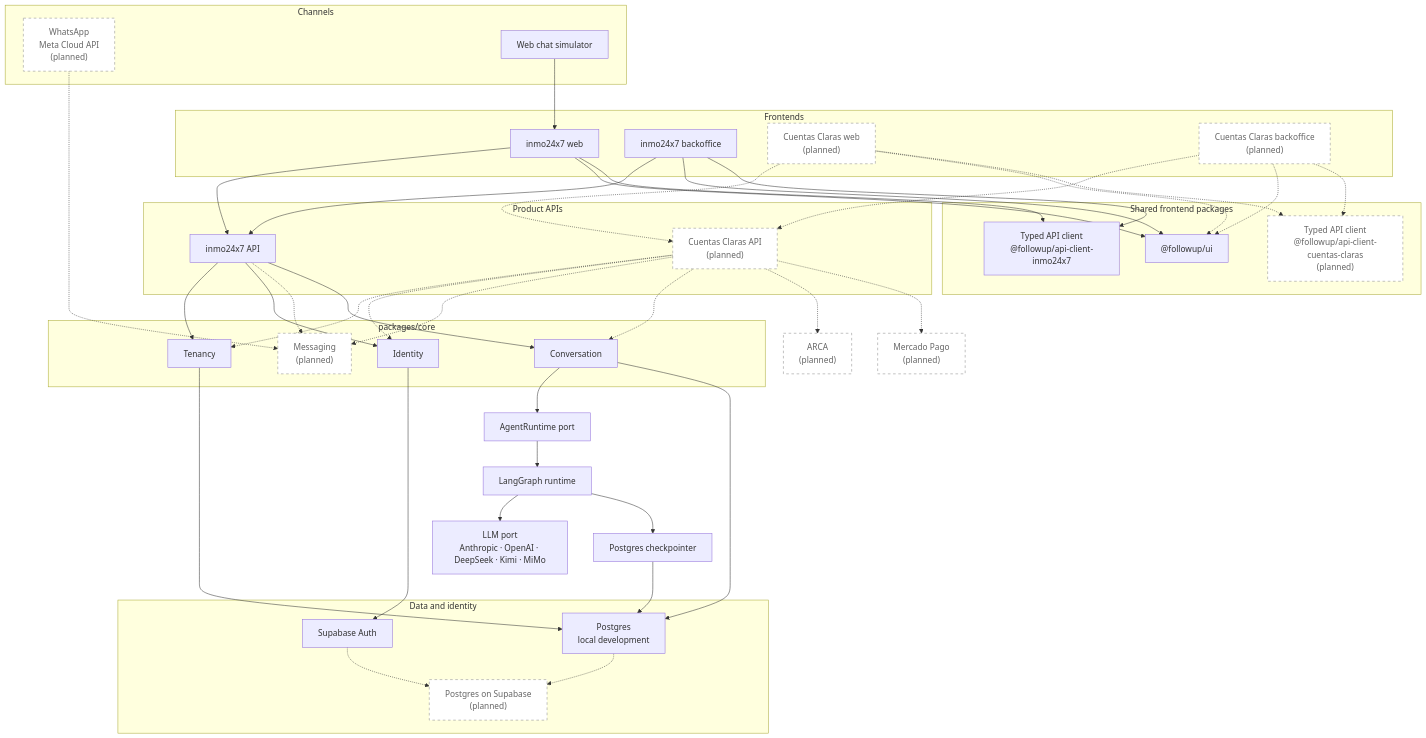
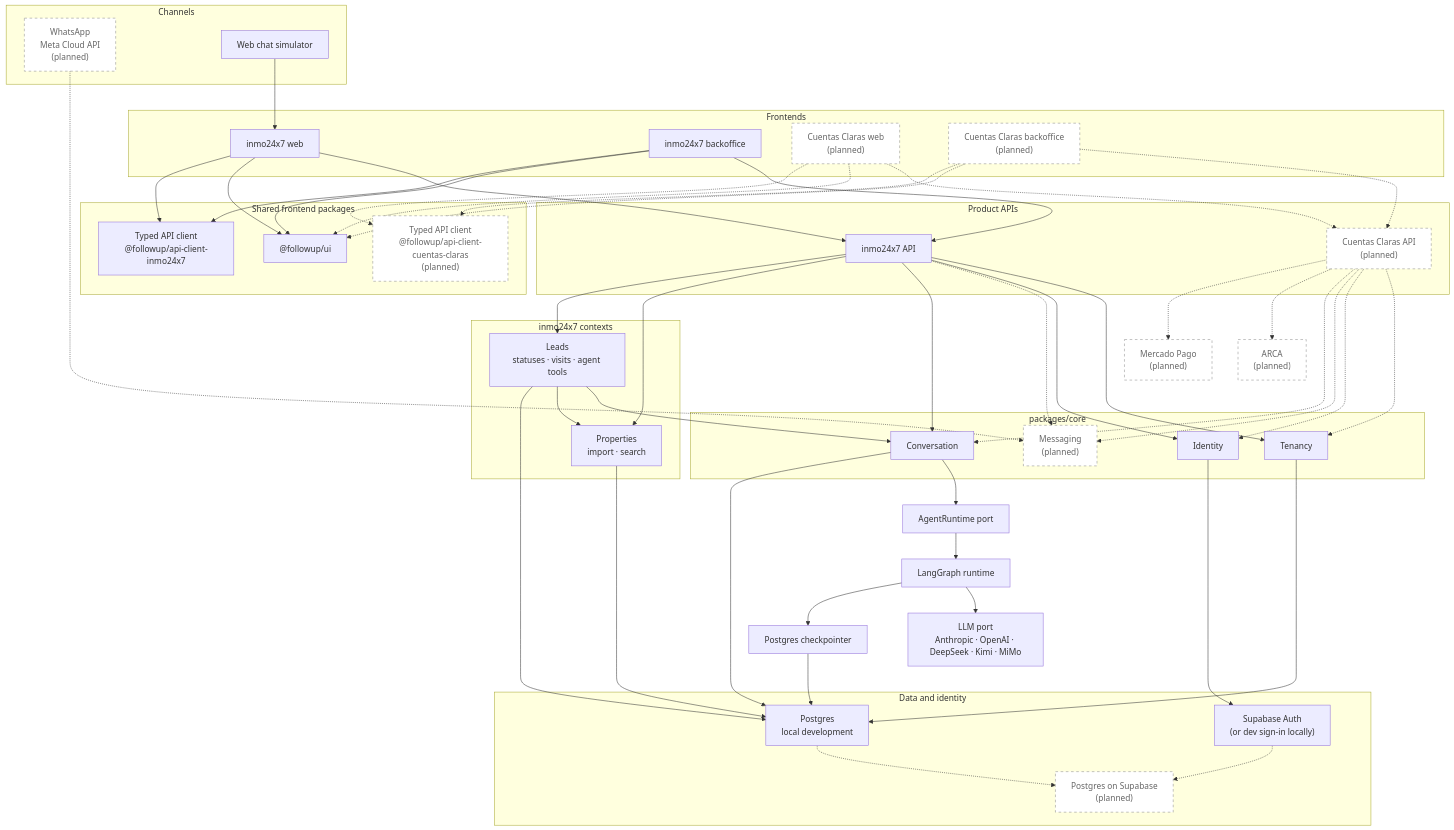
The first of 2 diagrams in README.md (joseluismuzikant/followup-agent-24x7), drawn with Mermaid before and after one commit. The commit also changed other lines of this file and 134 other files, not shown here.

```diff
--- a/README.md
+++ b/README.md
@@ -89,6 +89,11 @@
         CC_API["Cuentas Claras API<br/>(planned)"]
     end
 
+    subgraph Product["inmo24x7 contexts"]
+        PROPERTIES["Properties<br/>import · search"]
+        LEADS["Leads<br/>statuses · visits · agent tools"]
+    end
+
     subgraph Core["packages/core"]
         TENANCY["Tenancy"]
         IDENTITY["Identity"]
@@ -104,7 +109,7 @@
     subgraph Data["Data and identity"]
         POSTGRES["Postgres<br/>local development"]
         SUPABASE["Postgres on Supabase<br/>(planned)"]
-        AUTH["Supabase Auth"]
+        AUTH["Supabase Auth<br/>(or dev sign-in locally)"]
     end
 
     ARCA["ARCA<br/>(planned)"]
@@ -132,6 +137,12 @@
     API --> IDENTITY
     API -.-> MESSAGING
     API --> CONVERSATION
+    API --> PROPERTIES
+    API --> LEADS
+    LEADS --> CONVERSATION
+    LEADS --> PROPERTIES
+    PROPERTIES --> POSTGRES
+    LEADS --> POSTGRES
     CC_API -.-> TENANCY
     CC_API -.-> IDENTITY
     CC_API -.-> MESSAGING
```
